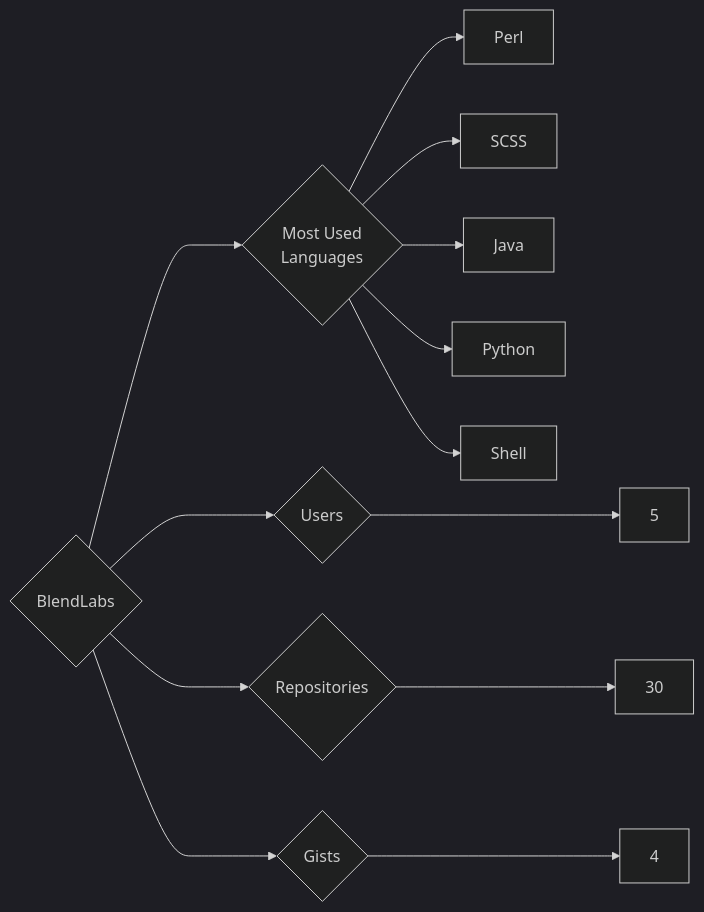
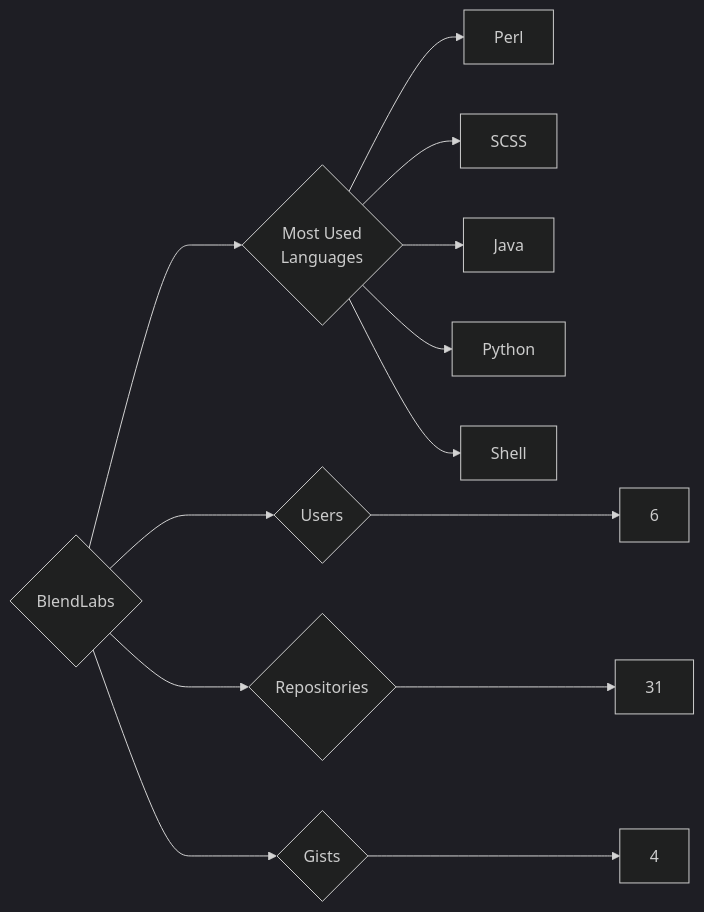
One commit to trickest/insiders changed the diagram in targets/BlendLabs/README.md. Above: the diagram before and after it, drawn with Mermaid (dark theme). The commit also changed 1089 other files, not shown here.

````diff
--- a/targets/BlendLabs/README.md
+++ b/targets/BlendLabs/README.md
@@ -3,13 +3,13 @@
 ```mermaid
 graph LR
 COMPANY_NAME{BlendLabs}
-COMPANY_NAME ---> U{Users} ---> UN[5]
-COMPANY_NAME ---> R{Repositories} ---> RN[30]
+COMPANY_NAME ---> U{Users} ---> UN[6]
+COMPANY_NAME ---> R{Repositories} ---> RN[31]
 COMPANY_NAME ---> G{Gists} ---> GN[4]
 COMPANY_NAME ---> ML{Most Used<br>Languages}
 ML --> Perl[Perl]
 ML --> SCSS[SCSS]
 ML --> Java[Java]
 ML --> Python[Python]
 ML --> Shell[Shell]
 ```
````
